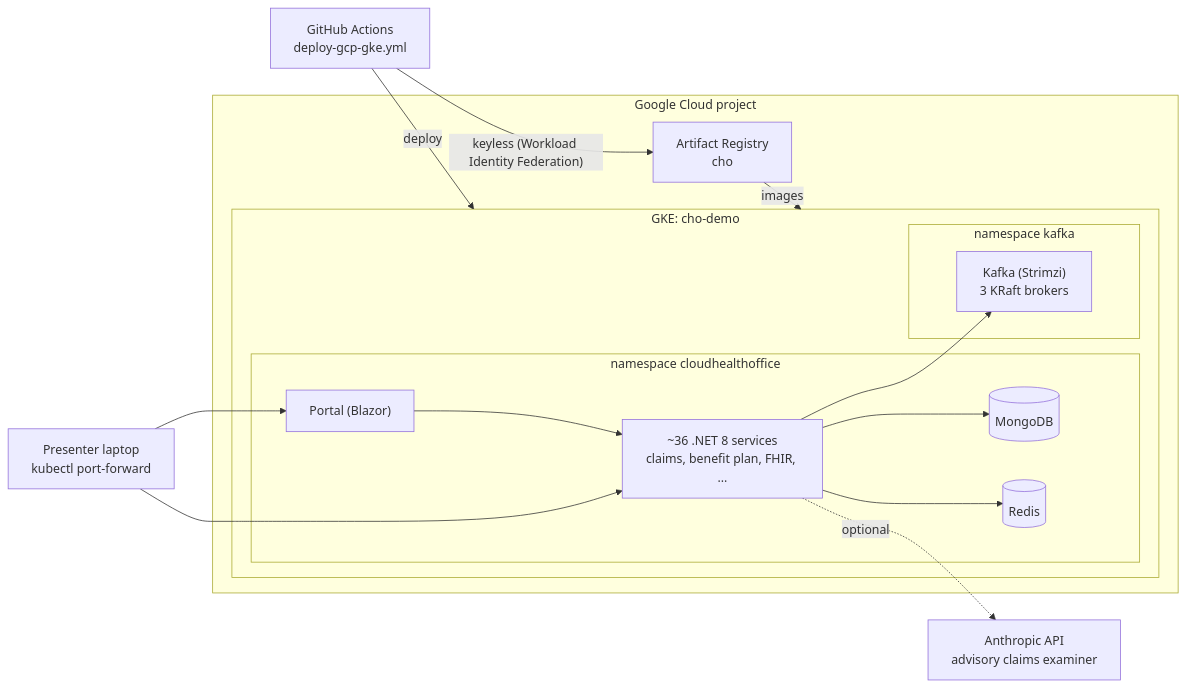
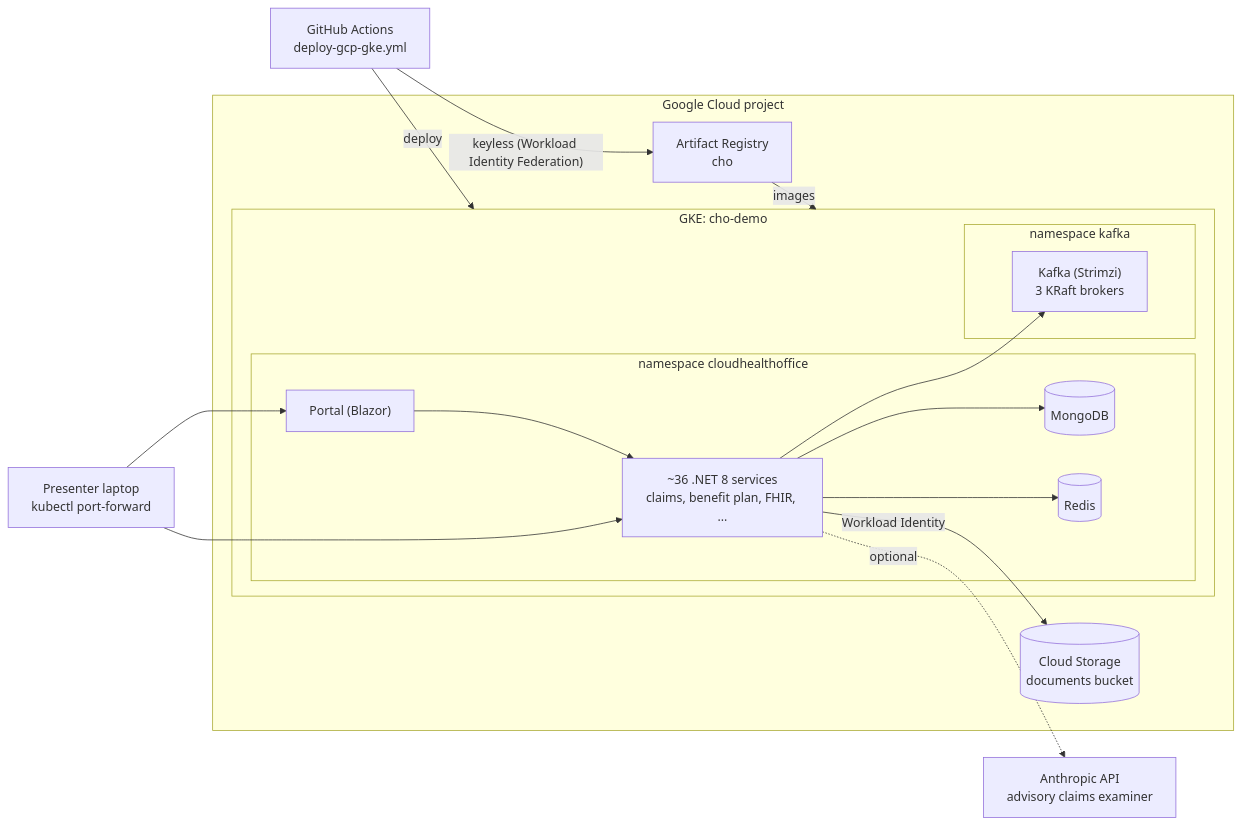
One commit to aurelianware/cloudhealthoffice changed the diagram in docs/deploy/GCP-DEMO.md. Above: the diagram before and after it, drawn with Mermaid. The commit also changed other lines of this file and 35 other files, not shown here.

First line of the commit message:
feat(document-store): GCS and S3 providers; member documents on IDocumentStore (step 1) (#1436)

````diff
--- a/docs/deploy/GCP-DEMO.md
+++ b/docs/deploy/GCP-DEMO.md
@@ -9,30 +9,32 @@
 ```mermaid
 flowchart LR
   presenter["Presenter laptop<br/>kubectl port-forward"]
   gha["GitHub Actions<br/>deploy-gcp-gke.yml"]
   subgraph gcp["Google Cloud project"]
     ar["Artifact Registry<br/>cho"]
+    gcs[("Cloud Storage<br/>documents bucket")]
     subgraph gke["GKE: cho-demo"]
       subgraph ns["namespace cloudhealthoffice"]
         portal["Portal (Blazor)"]
         svc["~36 .NET 8 services<br/>claims, benefit plan, FHIR, ..."]
         mongo[("MongoDB")]
         redis[("Redis")]
       end
       subgraph kns["namespace kafka"]
         kafka["Kafka (Strimzi)<br/>3 KRaft brokers"]
       end
     end
   end
   anthropic["Anthropic API<br/>advisory claims examiner"]
   gha -- "keyless (Workload Identity Federation)" --> ar
   gha -- deploy --> gke
   ar -- images --> gke
   presenter --> portal
   presenter --> svc
   portal --> svc
   svc --> mongo
   svc --> redis
   svc --> kafka
+  svc -- "Workload Identity" --> gcs
   svc -. "optional" .-> anthropic
 ```
````
